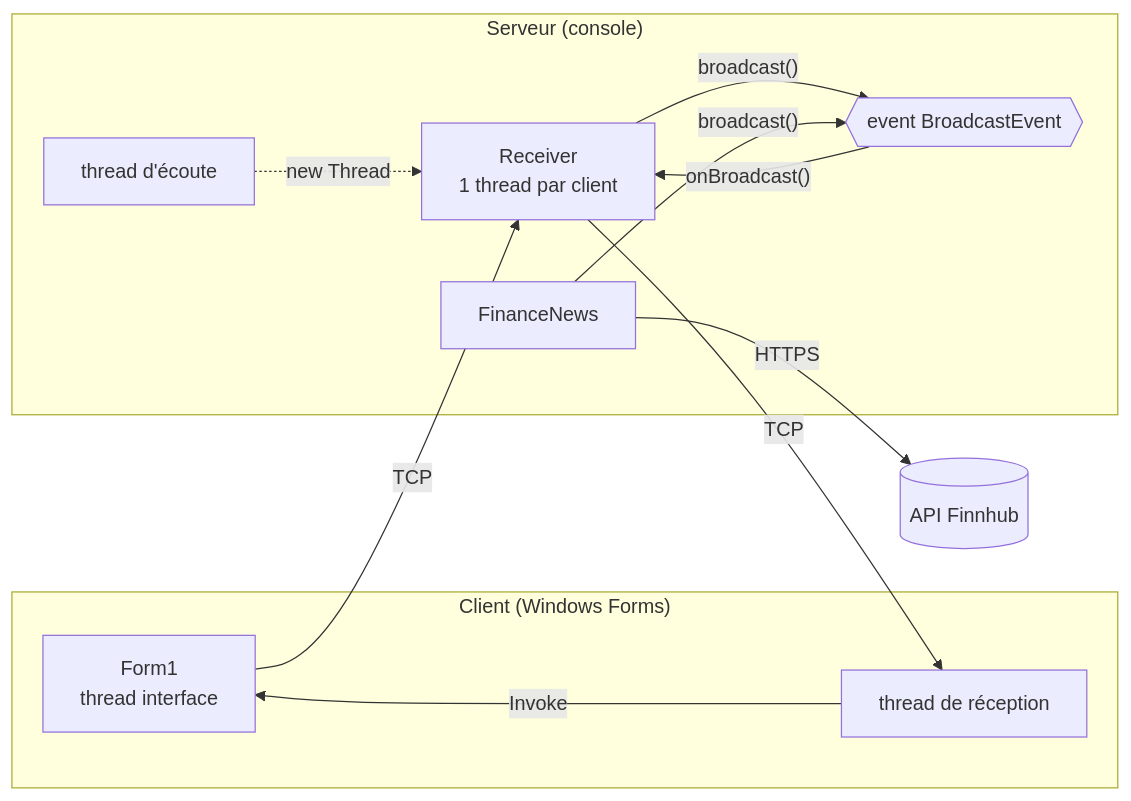
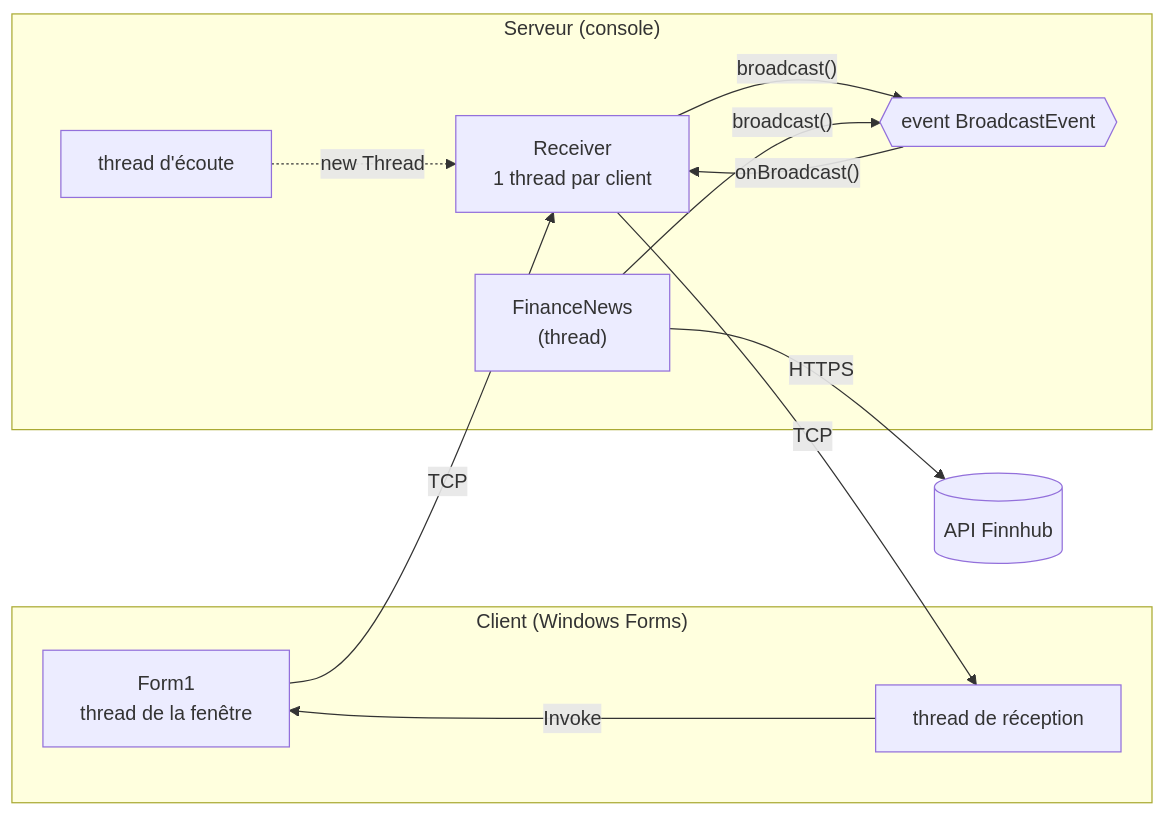
The diagram in docs/RAPPORT.md (VictorHaegeman/FinChat), drawn with Mermaid before and after one commit. The commit also changed other lines of this file and 16 other files, not shown here.

````diff
--- a/docs/RAPPORT.md
+++ b/docs/RAPPORT.md
@@ -31,22 +50,22 @@
 ```mermaid
 flowchart LR
   subgraph CL["Client (Windows Forms)"]
-    F1["Form1<br/>thread interface"]
+    F1["Form1<br/>thread de la fenêtre"]
     R1["thread de réception"]
   end
   subgraph SV["Serveur (console)"]
     L["thread d'écoute"]
     RV["Receiver<br/>1 thread par client"]
     EV{{"event BroadcastEvent"}}
-    FN["FinanceNews"]
+    FN["FinanceNews<br/>(thread)"]
   end
   API[("API Finnhub")]
   F1 -- "TCP" --> RV
   L -. "new Thread" .-> RV
   RV -- "broadcast()" --> EV
   FN -- "broadcast()" --> EV
   EV -- "onBroadcast()" --> RV
   RV -- "TCP" --> R1
   R1 -- "Invoke" --> F1
   FN -- "HTTPS" --> API
 ```
````
